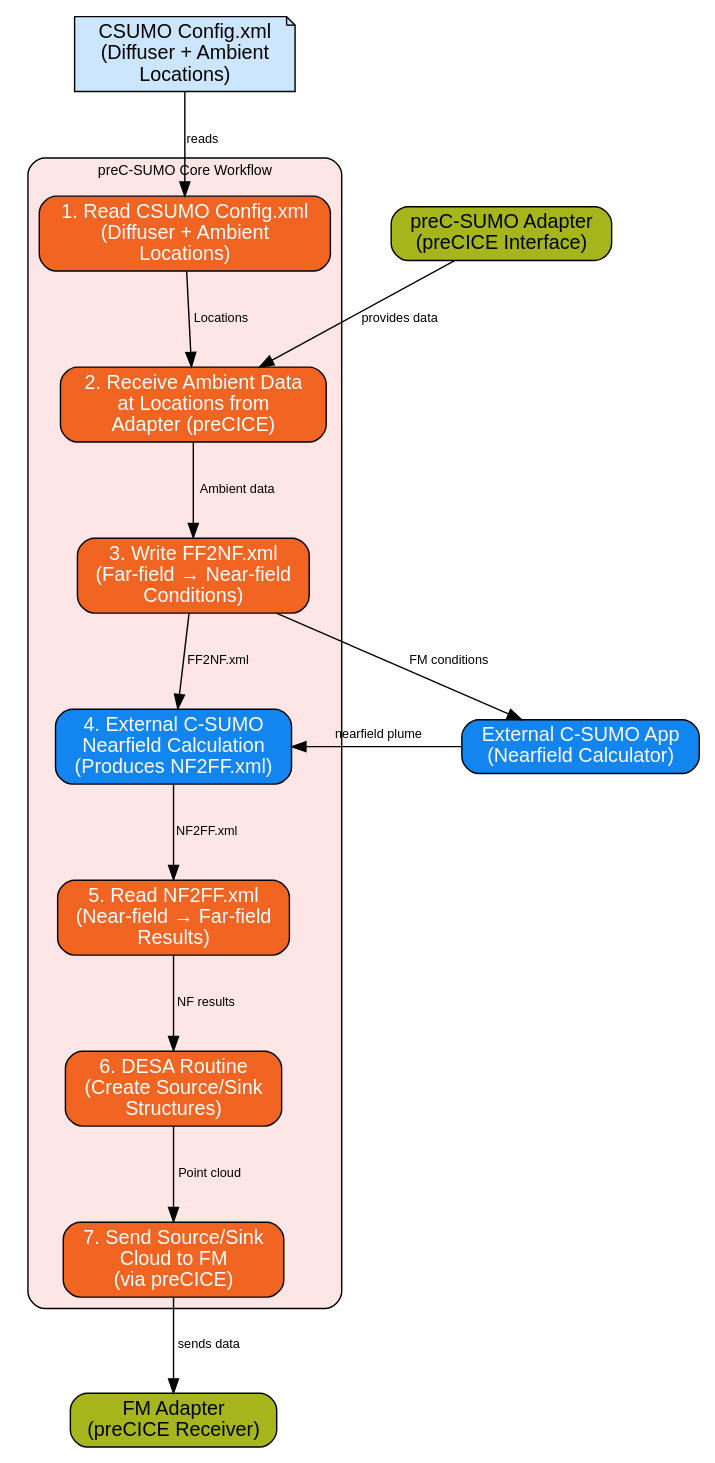
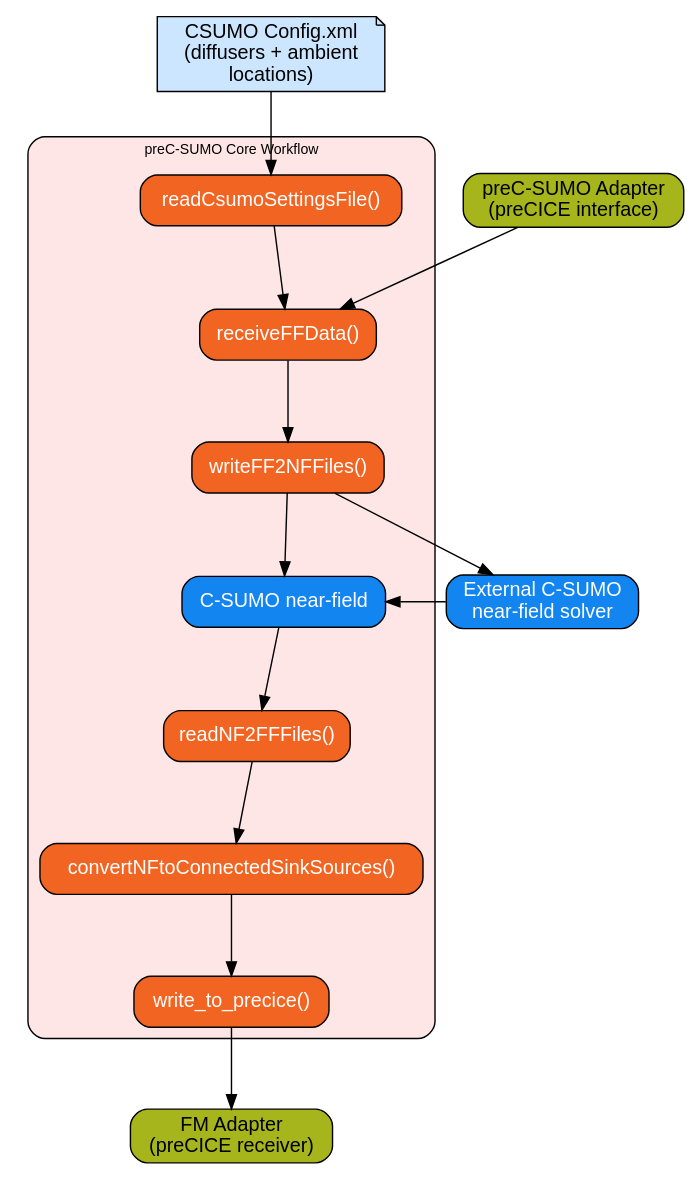
The diagram in src/tools_gpl/pre_c_sumo/docs/include/preC_SUMO_Core_Workflow.dot (Deltares/Delft3D), drawn with Graphviz before and after one commit. The commit also changed 7 other files, not shown here.

```diff
--- a/src/tools_gpl/pre_c_sumo/docs/include/preC_SUMO_Core_Workflow.dot
+++ b/src/tools_gpl/pre_c_sumo/docs/include/preC_SUMO_Core_Workflow.dot
@@ -1,70 +1,70 @@
 // Detailed workflow of preC-SUMO core processes
 // Shows the sequence of tasks and data flow within the preC-SUMO adapter
 
 digraph preCSUMOWorkflow {
 
   rankdir=TB;
   splines=true;
   nodesep=0.6;
   ranksep=0.8;
   fontname="Helvetica";
   fontsize=10;
 
   node [shape=box, style=rounded, fontname="Helvetica"];
   edge [fontname="Helvetica", fontsize=9];
 
   /* -------------------------
      Input Sources
   --------------------------*/
-  CSUMOConfig [label="CSUMO Config.xml\n(Diffuser + Ambient\nLocations)", shape=note, fillcolor="#CCE6FF", style=filled];
-  ProC_Adapter [label="preC-SUMO Adapter\n(preCICE Interface)", shape=box, fillcolor="#A5B51B", style="rounded,filled"];
+  CSUMOConfig [label="CSUMO Config.xml\n(diffusers + ambient\nlocations)", shape=note, fillcolor="#CCE6FF", style=filled];
+  ProC_Adapter [label="preC-SUMO Adapter\n(preCICE interface)", shape=box, fillcolor="#A5B51B", style="rounded,filled"];
 
   /* -------------------------
      Core Tasks
   --------------------------*/
   subgraph cluster_workflow {
     label="preC-SUMO Core Workflow";
     style="rounded,filled";
     fillcolor="#FFE6E6";
-    
-    task1 [label="1. Read CSUMO Config.xml\n(Diffuser + Ambient\nLocations)", shape=box, fillcolor="#F26422", fontcolor="white", style="rounded,filled"];
-    
-    task2 [label="2. Receive Ambient Data\nat Locations from\nAdapter (preCICE)", shape=box, fillcolor="#F26422", fontcolor="white", style="rounded,filled"];
-    
-    task3 [label="3. Write FF2NF.xml\n(Far-field → Near-field\nConditions)", shape=box, fillcolor="#F26422", fontcolor="white", style="rounded,filled"];
-    
-    task4 [label="4. External C-SUMO\nNearfield Calculation\n(Produces NF2FF.xml)", shape=box, fillcolor="#1285f0", fontcolor="white", style="rounded,filled"];
-    
-    task5 [label="5. Read NF2FF.xml\n(Near-field → Far-field\nResults)", shape=box, fillcolor="#F26422", fontcolor="white", style="rounded,filled"];
-    
-    task6 [label="6. DESA Routine\n(Create Source/Sink\nStructures)", shape=box, fillcolor="#F26422", fontcolor="white", style="rounded,filled"];
-    
-    task7 [label="7. Send Source/Sink\nCloud to FM\n(via preCICE)", shape=box, fillcolor="#F26422", fontcolor="white", style="rounded,filled"];
-    
-    task1 -> task2 [label="Locations"];
-    task2 -> task3 [label="Ambient data"];
-    task3 -> task4 [label="FF2NF.xml"];
-    task4 -> task5 [label="NF2FF.xml"];
-    task5 -> task6 [label="NF results"];
-    task6 -> task7 [label="Point cloud"];
+
+    task1 [label="readCsumoSettingsFile()", shape=box, fillcolor="#F26422", fontcolor="white", style="rounded,filled", URL="\\ref pre_c_sumo_read_csumo_settings_file", tooltip="Open readCsumoSettingsFile docs"];
+
+    task2 [label="receiveFFData()", shape=box, fillcolor="#F26422", fontcolor="white", style="rounded,filled", URL="\\ref pre_c_sumo_receive_ff_data", tooltip="Open receiveFFData docs"];
+
+    task3 [label="writeFF2NFFiles()", shape=box, fillcolor="#F26422", fontcolor="white", style="rounded,filled", URL="\\ref pre_c_sumo_write_ff2nf", tooltip="Open writeFF2NFFiles docs"];
+
+    task4 [label="C-SUMO near-field", shape=box, fillcolor="#1285f0", fontcolor="white", style="rounded,filled", URL="\\ref pre_c_sumo_write_ff2nf", tooltip="FF2NF to NF2FF exchange"];
+
+    task5 [label="readNF2FFFiles()", shape=box, fillcolor="#F26422", fontcolor="white", style="rounded,filled", URL="\\ref pre_c_sumo_read_nf2ff", tooltip="Open readNF2FFFiles docs"];
+
+    task6 [label="convertNFtoConnectedSinkSources()", shape=box, fillcolor="#F26422", fontcolor="white", style="rounded,filled", URL="\\ref pre_c_sumo_convert_nf_to_connected_sink_sources", tooltip="Open conversion docs"];
+
+    task7 [label="write_to_precice()", shape=box, fillcolor="#F26422", fontcolor="white", style="rounded,filled", URL="\\ref pre_c_sumo_write_to_precice", tooltip="Open write_to_precice docs"];
+
+    task1 -> task2;
+    task2 -> task3;
+    task3 -> task4;
+    task4 -> task5;
+    task5 -> task6;
+    task6 -> task7;
   }
 
   /* -------------------------
      Output
   --------------------------*/
-  FMAdapter [label="FM Adapter\n(preCICE Receiver)", shape=box, fillcolor="#A5B51B", style="rounded,filled"];
+  FMAdapter [label="FM Adapter\n(preCICE receiver)", shape=box, fillcolor="#A5B51B", style="rounded,filled"];
 
   /* -------------------------
      Data Flow
   --------------------------*/
-  CSUMOConfig -> task1 [label="reads"];
-  ProC_Adapter -> task2 [label="provides data"];
-  task7 -> FMAdapter [label="sends data"];
+  CSUMOConfig -> task1;
+  ProC_Adapter -> task2;
+  task7 -> FMAdapter;
 
   /* -------------------------
      External Coupling
   --------------------------*/
-  ExtCSUMO [label="External C-SUMO App\n(Nearfield Calculator)", shape=box, fillcolor="#1285f0", fontcolor="white", style="rounded,filled"];
-  task3 -> ExtCSUMO [label="  FM conditions"];
-  ExtCSUMO -> task4 [label="  nearfield plume"];
+  ExtCSUMO [label="External C-SUMO\nnear-field solver", shape=box, fillcolor="#1285f0", fontcolor="white", style="rounded,filled"];
+  task3 -> ExtCSUMO;
+  ExtCSUMO -> task4;
 }
```
